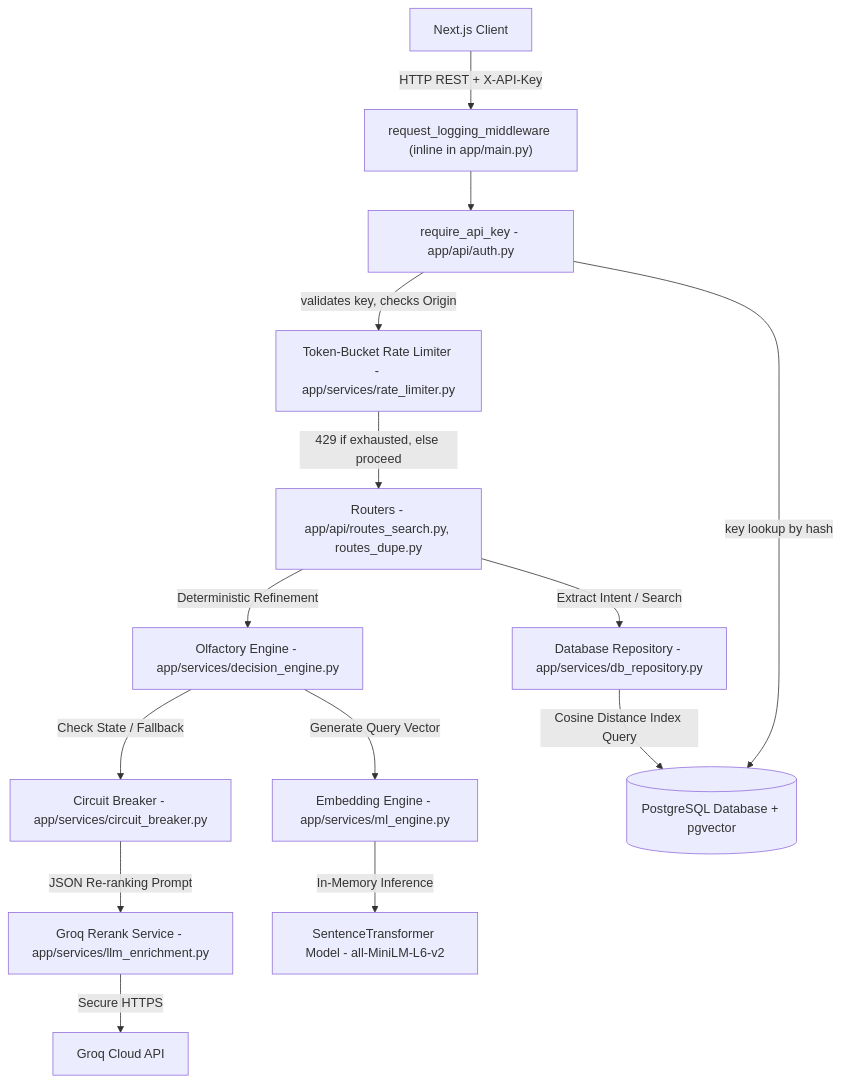
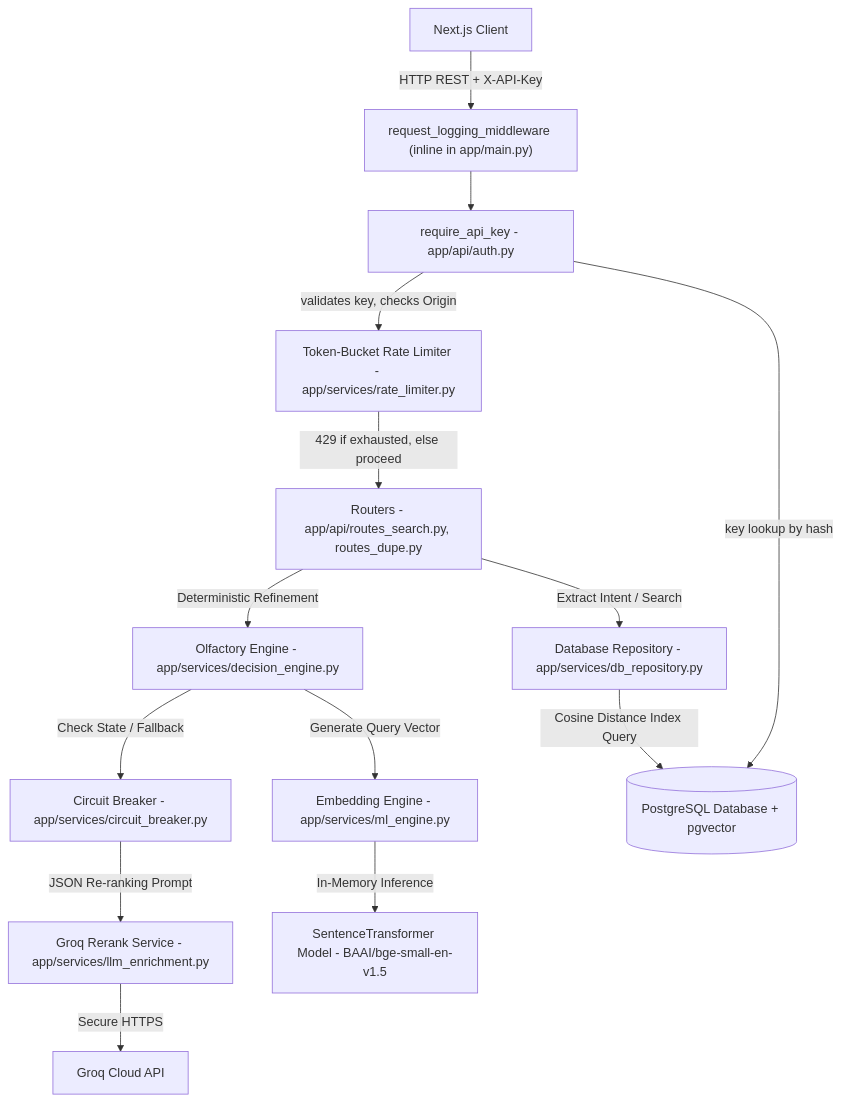
One commit to shriyashsawant/JTP-PROJECT-ROUND changed the diagram in documentation/SYSTEM_ARCHITECTURE.md. Above: the diagram before and after it, drawn with Mermaid. The commit also changed other lines of this file and 5 other files, not shown here.

Commit message:
docs: update embedding model name to BAAI/bge-small-en-v1.5 across all documentation files

````diff
--- a/documentation/SYSTEM_ARCHITECTURE.md
+++ b/documentation/SYSTEM_ARCHITECTURE.md
@@ -20,32 +20,32 @@
 ```mermaid
 graph TD
     ClientSPA[Next.js Client]
     LoggingMW["request_logging_middleware (inline in app/main.py)"]
     AuthDep[require_api_key - app/api/auth.py]
     RateLimiter[Token-Bucket Rate Limiter - app/services/rate_limiter.py]
     Routes["Routers - app/api/routes_search.py, routes_dupe.py"]
     DBRepository[Database Repository - app/services/db_repository.py]
     DecisionEngine[Olfactory Engine - app/services/decision_engine.py]
     MLEngine[Embedding Engine - app/services/ml_engine.py]
     CircuitBreaker[Circuit Breaker - app/services/circuit_breaker.py]
     LLMEnrichment[Groq Rerank Service - app/services/llm_enrichment.py]
     PostgresDB[(PostgreSQL Database + pgvector)]
-    LocalModel[SentenceTransformer Model - all-MiniLM-L6-v2]
+    LocalModel[SentenceTransformer Model - BAAI/bge-small-en-v1.5]
     GroqAPI[Groq Cloud API]
 
     ClientSPA -->|HTTP REST + X-API-Key| LoggingMW
     LoggingMW --> AuthDep
     AuthDep -->|validates key, checks Origin| RateLimiter
     RateLimiter -->|429 if exhausted, else proceed| Routes
     Routes -->|Extract Intent / Search| DBRepository
     Routes -->|Deterministic Refinement| DecisionEngine
 
     DBRepository -->|Cosine Distance Index Query| PostgresDB
     AuthDep -->|key lookup by hash| PostgresDB
     DecisionEngine -->|Generate Query Vector| MLEngine
     MLEngine -->|In-Memory Inference| LocalModel
 
     DecisionEngine -->|Check State / Fallback| CircuitBreaker
     CircuitBreaker -->|JSON Re-ranking Prompt| LLMEnrichment
     LLMEnrichment -->|Secure HTTPS| GroqAPI
 ```
````
